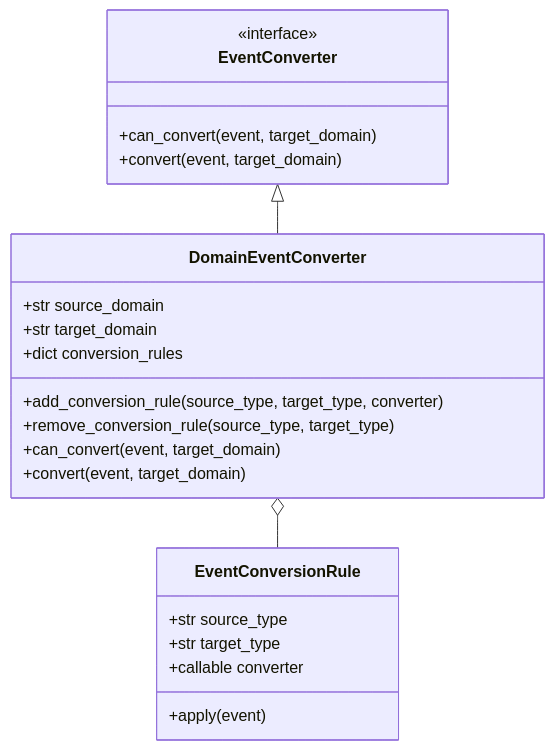
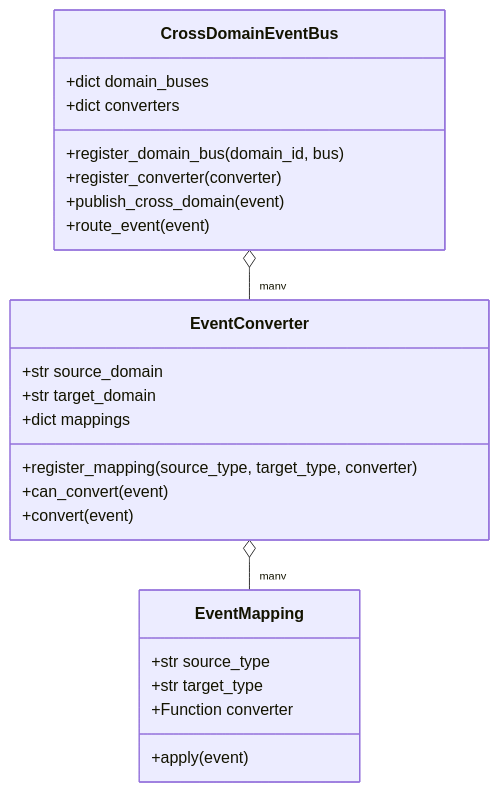
Before and after one commit to ianlintner/forum: the ninth of 12 diagrams in docs/agentic_framework/architecture.md, drawn with Mermaid. The commit also changed other lines of this file and 13 other files, not shown here.

First line of the commit message:
Enhance EventBus for Asynchronous Processing and Performance Metrics

````diff
--- a/docs/agentic_framework/architecture.md
+++ b/docs/agentic_framework/architecture.md
@@ -587,28 +618,30 @@
 ```mermaid
 classDiagram
     class EventConverter {
-        <<interface>>
-        +can_convert(event, target_domain)
-        +convert(event, target_domain)
+        +str source_domain
+        +str target_domain
+        +dict mappings
+        +register_mapping(source_type, target_type, converter)
+        +can_convert(event)
+        +convert(event)
     }
     
-    class DomainEventConverter {
-        +str source_domain
-        +str target_domain
-        +dict conversion_rules
-        +add_conversion_rule(source_type, target_type, converter)
-        +remove_conversion_rule(source_type, target_type)
-        +can_convert(event, target_domain)
-        +convert(event, target_domain)
-    }
-    
-    class EventConversionRule {
+    class EventMapping {
         +str source_type
         +str target_type
-        +callable converter
+        +Function converter
         +apply(event)
     }
     
-    EventConverter <|-- DomainEventConverter
-    DomainEventConverter o-- EventConversionRule
+    class CrossDomainEventBus {
+        +dict domain_buses
+        +dict converters
+        +register_domain_bus(domain_id, bus)
+        +register_converter(converter)
+        +publish_cross_domain(event)
+        +route_event(event)
+    }
+    
+    EventConverter o-- "many" EventMapping
+    CrossDomainEventBus o-- "many" EventConverter
 ```
````
